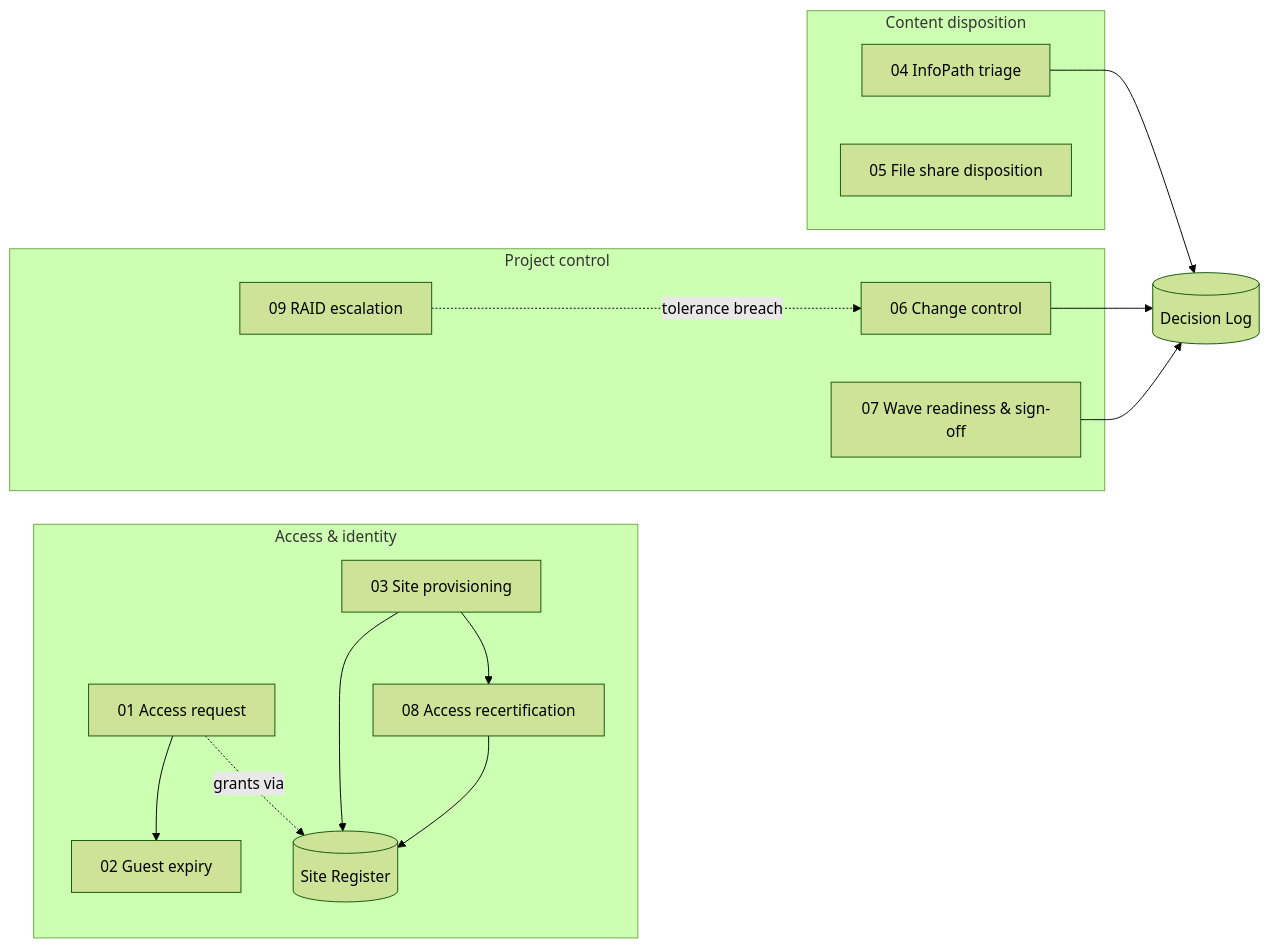
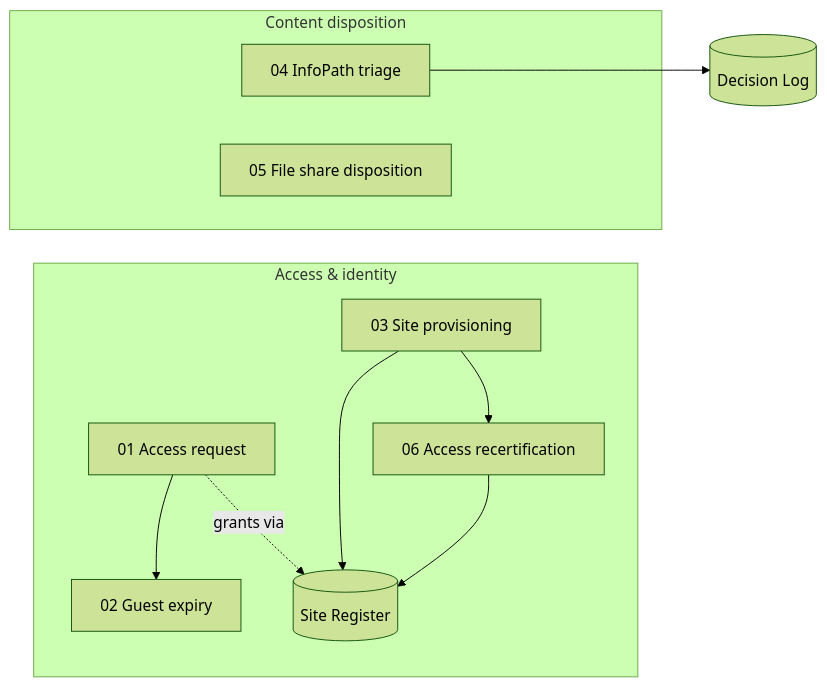
One commit to flinty-isd/Projects-hub changed the first of 7 diagrams in solutions/SharePointGovernance/diagrams/governance-flows.md. Above: the diagram before and after it, drawn with Mermaid (forest theme). The commit also changed other lines of this file and 12 other files, not shown here.

First line of the commit message:
Adapt SharePoint governance flows for BAU

````diff
--- a/solutions/SharePointGovernance/diagrams/governance-flows.md
+++ b/solutions/SharePointGovernance/diagrams/governance-flows.md
@@ -10,21 +10,15 @@
 ```mermaid
 flowchart LR
   subgraph Access["Access & identity"]
     F1["01 Access request"] --> F2["02 Guest expiry"]
-    F3["03 Site provisioning"] --> F8["08 Access recertification"]
+    F3["03 Site provisioning"] --> F6["06 Access recertification"]
     F1 -. grants via .-> SR[("Site Register")]
     F3 --> SR
-    F8 --> SR
+    F6 --> SR
   end
   subgraph Content["Content disposition"]
     F4["04 InfoPath triage"]
     F5["05 File share disposition"]
   end
-  subgraph Control["Project control"]
-    F6["06 Change control"]
-    F7["07 Wave readiness & sign-off"]
-    F9["09 RAID escalation"]
-  end
-  F4 & F6 & F7 --> DL[("Decision Log")]
-  F9 -. tolerance breach .-> F6
+  F4 --> DL[("Decision Log")]
 ```
````
